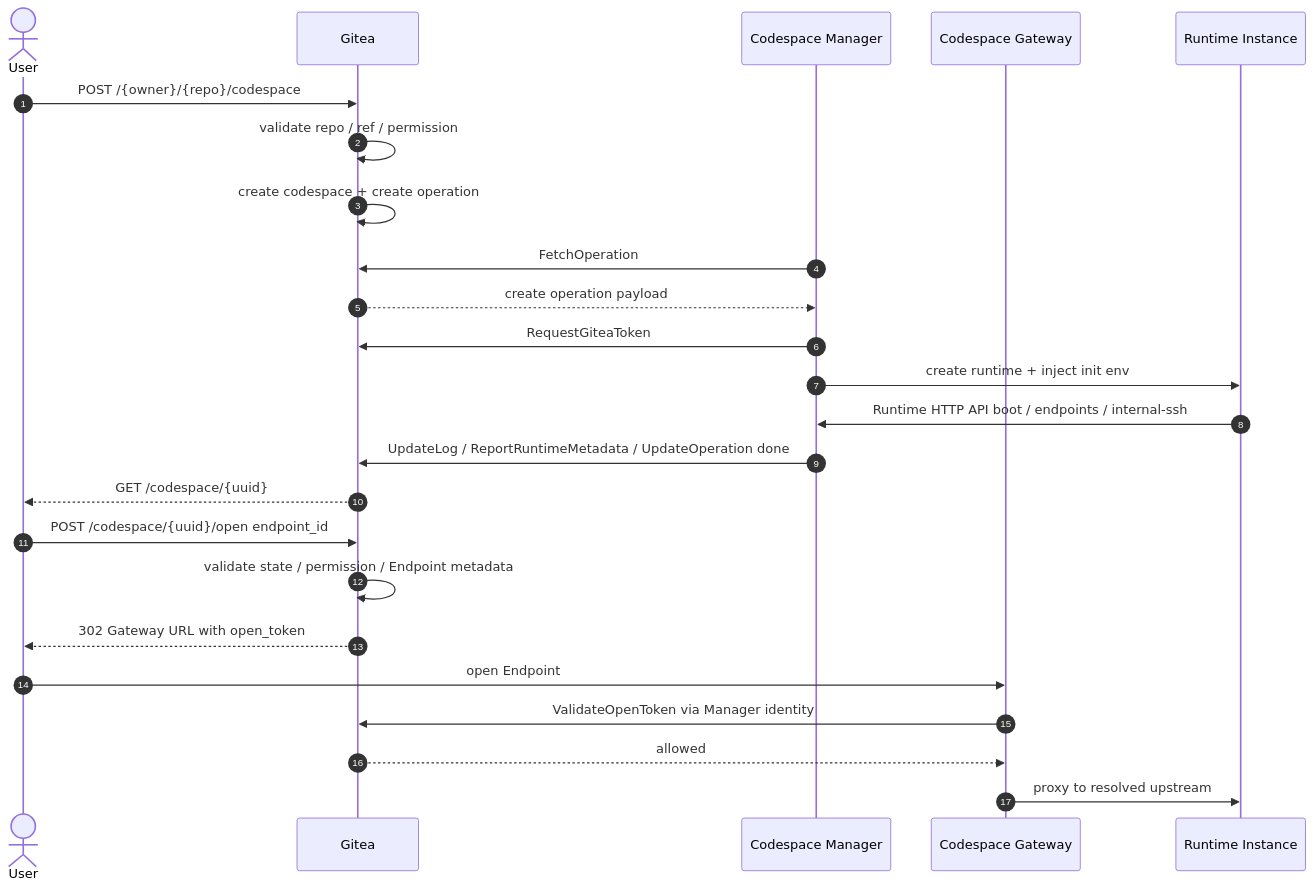
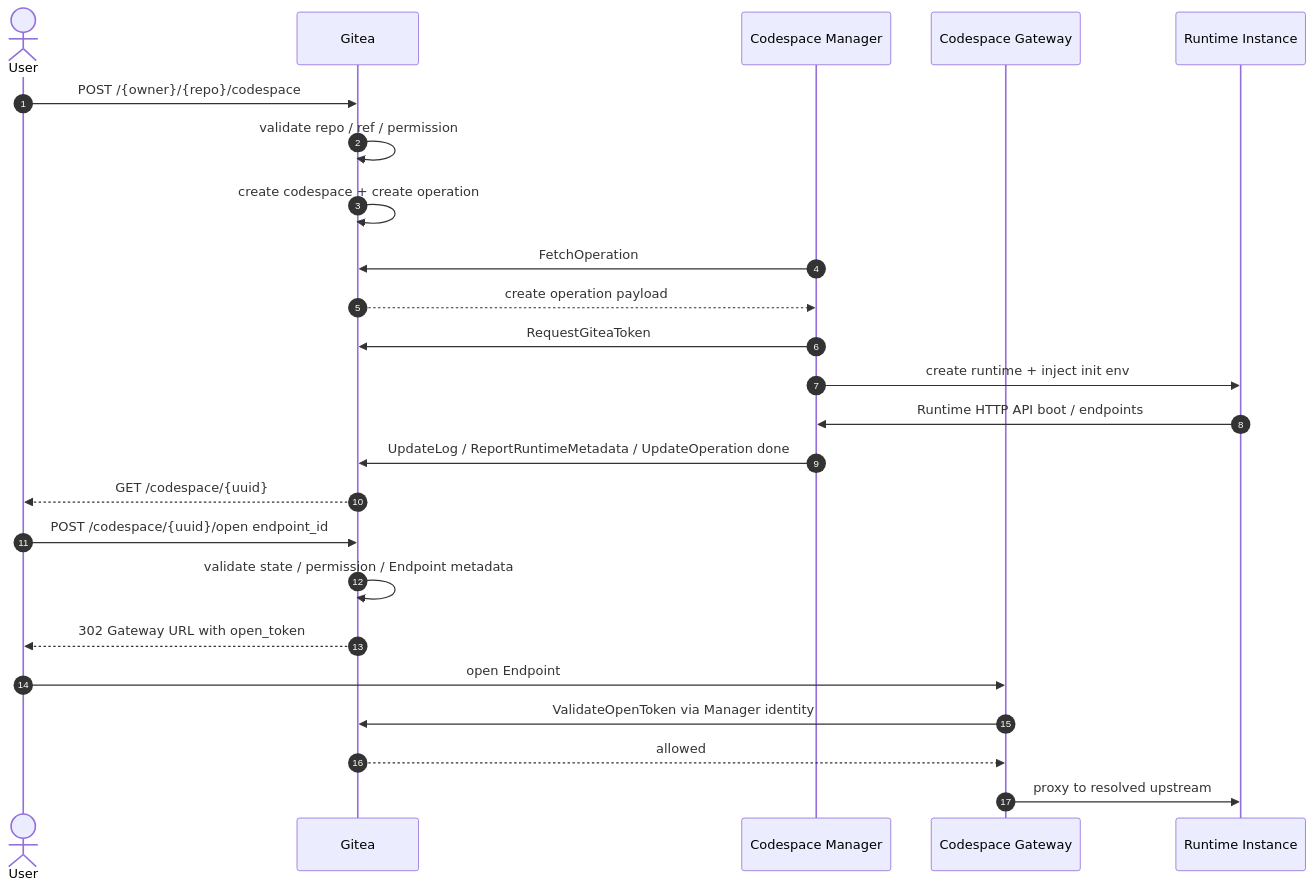
One commit to ExplodingDragon/gitea-dev changed the second of 3 diagrams in README.md. Above: the diagram before and after it, drawn with Mermaid. The commit also changed other lines of this file and 1 other file, not shown here.

````diff
--- a/README.md
+++ b/README.md
@@ -101,28 +107,28 @@
 ```mermaid
 sequenceDiagram
     autonumber
     actor User
     participant Gitea
     participant Manager as Codespace Manager
     participant Gateway as Codespace Gateway
     participant Runtime as Runtime Instance
 
     User->>Gitea: POST /{owner}/{repo}/codespace
     Gitea->>Gitea: validate repo / ref / permission
     Gitea->>Gitea: create codespace + create operation
     Manager->>Gitea: FetchOperation
     Gitea-->>Manager: create operation payload
     Manager->>Gitea: RequestGiteaToken
     Manager->>Runtime: create runtime + inject init env
-    Runtime->>Manager: Runtime HTTP API boot / endpoints / internal-ssh
+    Runtime->>Manager: Runtime HTTP API boot / endpoints
     Manager->>Gitea: UpdateLog / ReportRuntimeMetadata / UpdateOperation done
     Gitea-->>User: GET /codespace/{uuid}
 
     User->>Gitea: POST /codespace/{uuid}/open endpoint_id
     Gitea->>Gitea: validate state / permission / Endpoint metadata
     Gitea-->>User: 302 Gateway URL with open_token
     User->>Gateway: open Endpoint
     Gateway->>Gitea: ValidateOpenToken via Manager identity
     Gitea-->>Gateway: allowed
     Gateway->>Runtime: proxy to resolved upstream
 ```
````
